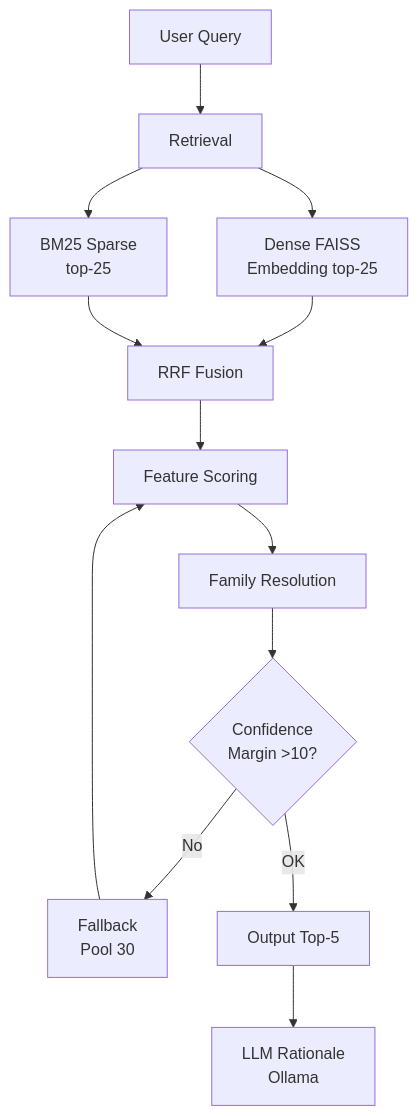
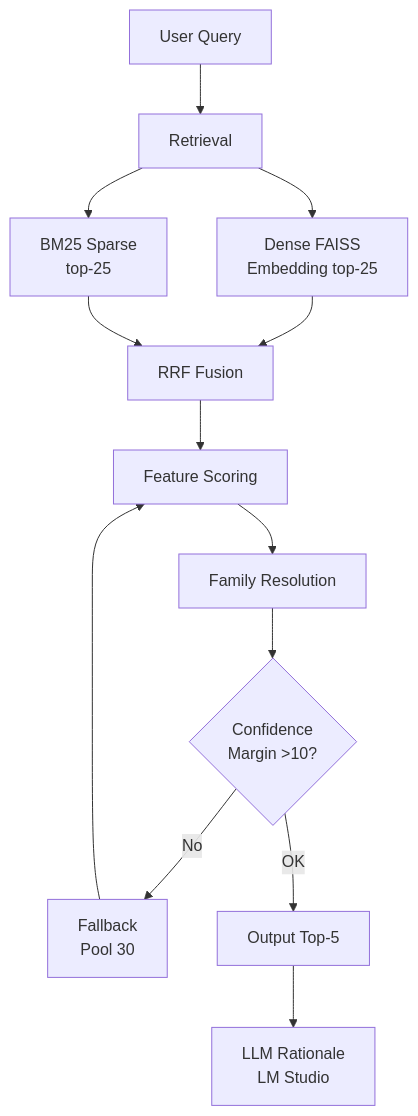
The diagram in README.md (AdityaProCoder/bis_rag), drawn with Mermaid before and after one commit. The commit also changed other lines of this file and 9 other files, not shown here.

````diff
--- a/README.md
+++ b/README.md
@@ -41,15 +41,15 @@
 ```mermaid
 flowchart TD
     Q[User Query] --> R[Retrieval]
     R --> D[Dense FAISS<br/>Embedding top-25]
     R --> B[BM25 Sparse<br/>top-25]
     D --> F[RRF Fusion]
     B --> F
     F --> S[Feature Scoring]
     S --> FR[Family Resolution]
     FR --> C{Confidence<br/>Margin >10?}
     C -->|No| FB[Fallback<br/>Pool 30]
     FB --> S
     C -->|OK| O[Output Top-5]
-    O --> L[LLM Rationale<br/>Ollama]
+    O --> L[LLM Rationale<br/>LM Studio]
 ```
````
